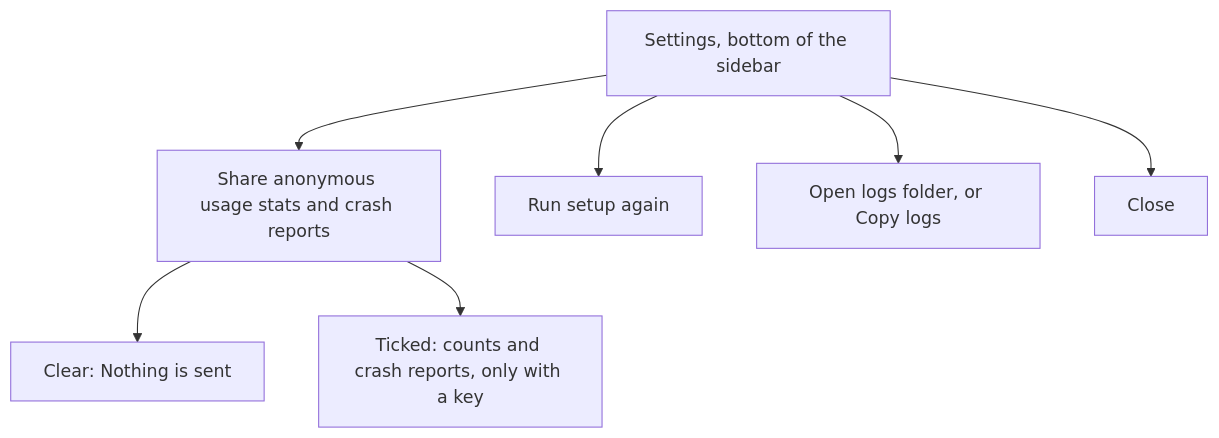
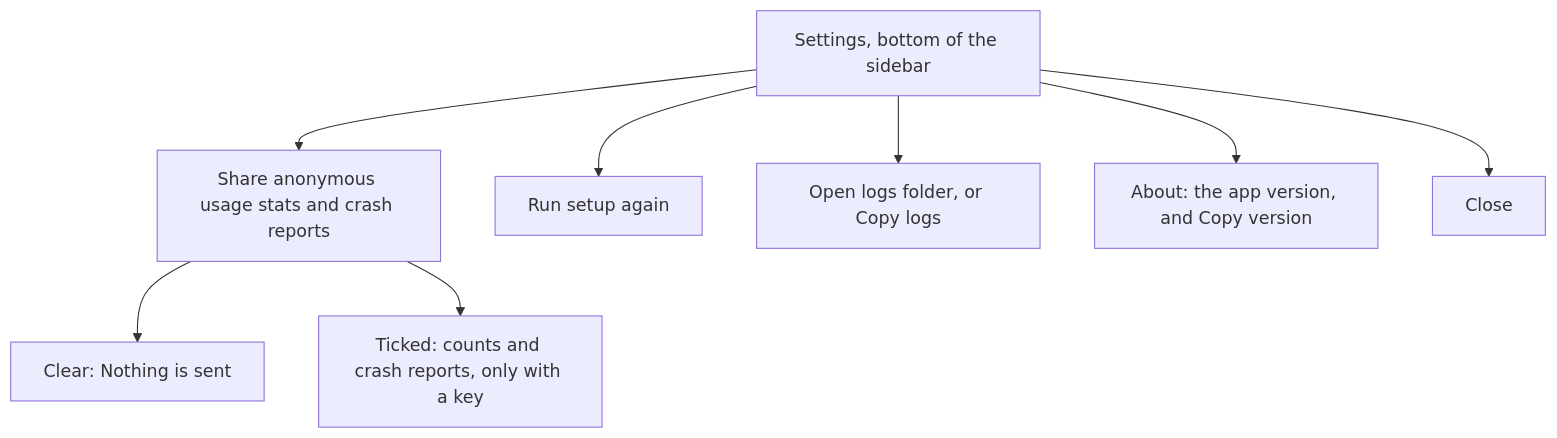
One commit to mookiejones/serato-library-manager changed the diagram in docs/wiki/Settings.md. Above: the diagram before and after it, drawn with Mermaid. The commit also changed other lines of this file and 18 other files, not shown here.

First line of the commit message:
Show app version in the UI (#93) (#123)

````diff
--- a/docs/wiki/Settings.md
+++ b/docs/wiki/Settings.md
@@ -8,9 +8,10 @@
 ```mermaid
 flowchart TD
   rail["Settings, bottom of the sidebar"] --> box["Share anonymous usage stats and crash reports"]
   box --> off["Clear: Nothing is sent"]
   box --> on["Ticked: counts and crash reports, only with a key"]
   rail --> again["Run setup again"]
   rail --> logs["Open logs folder, or Copy logs"]
+  rail --> about["About: the app version, and Copy version"]
   rail --> close["Close"]
 ```
````
